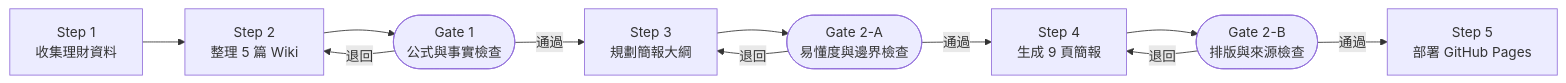
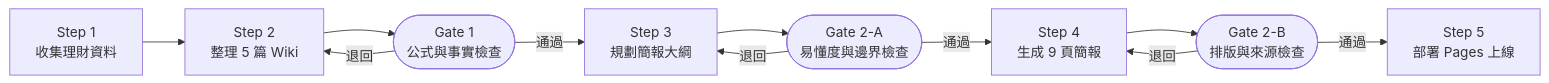
One commit to usarmena/investing-wiki changed the diagram in README.md. Above: the diagram before and after it, drawn with Mermaid.

Commit message:
fix: last letter

````diff
--- a/README.md
+++ b/README.md
@@ -12,13 +12,13 @@
 ```mermaid
 flowchart LR
     A["Step 1<br/>收集理財資料"] --> B["Step 2<br/>整理 5 篇 Wiki"]
     B --> C(["Gate 1<br/>公式與事實檢查"])
     C -- "退回" --> B
     C -- "通過" --> D["Step 3<br/>規劃簡報大綱"]
     D --> E(["Gate 2-A<br/>易懂度與邊界檢查"])
     E -- "退回" --> D
     E -- "通過" --> F["Step 4<br/>生成 9 頁簡報"]
     F --> G(["Gate 2-B<br/>排版與來源檢查"])
     G -- "退回" --> F
-    G -- "通過" --> H["Step 5<br/>部署 GitHub Pages"]
+    G -- "通過" --> H["Step 5<br/>部署 Pages 上線"]
 ```
````
